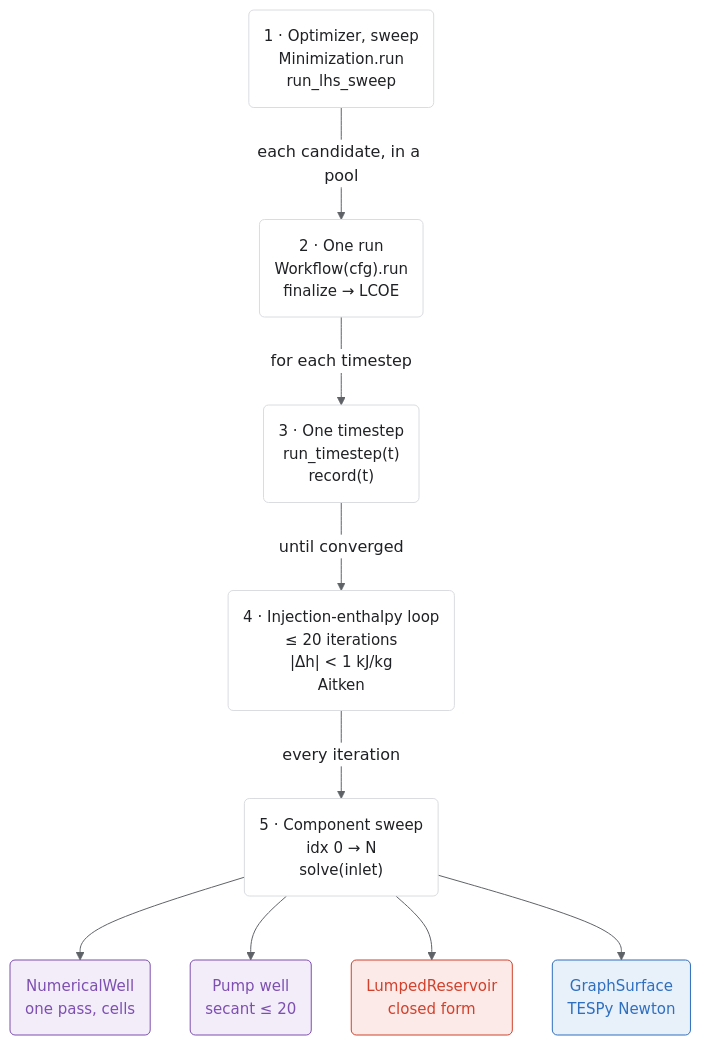
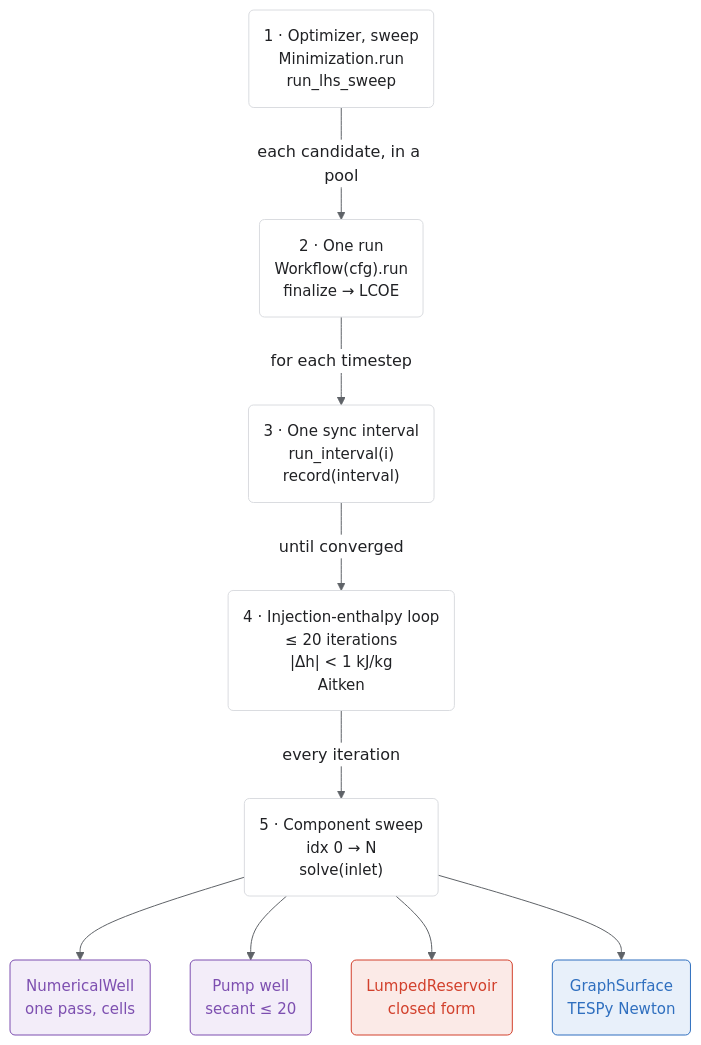
The diagram in docs/runtime/index.md (GEG-ETHZ/TANGO-core), drawn with Mermaid before and after one commit. The commit also changed other lines of this file and 67 other files, not shown here.

````diff
--- a/docs/runtime/index.md
+++ b/docs/runtime/index.md
@@ -5,33 +5,33 @@
 ```mermaid
 %%{init: {"theme":"base","themeVariables":{"primaryColor":"#FFFFFF","primaryTextColor":"#202124","primaryBorderColor":"#DADCE0","lineColor":"#5F6368","secondaryColor":"#F8F9FA","tertiaryColor":"#F8F9FA","clusterBkg":"#F8F9FA","clusterBorder":"#DADCE0","edgeLabelBackground":"#FFFFFF"},"flowchart":{"curve":"basis","nodeSpacing":40,"rankSpacing":64,"useMaxWidth":true}} }%%
 flowchart TB
   L1("1 · Optimizer, sweep<br/>Minimization.run<br/>run_lhs_sweep")
   L2("2 · One run<br/>Workflow(cfg).run<br/>finalize → LCOE")
-  L3("3 · One timestep<br/>run_timestep(t)<br/>record(t)")
+  L3("3 · One sync interval<br/>run_interval(i)<br/>record(interval)")
   L4("4 · Injection-enthalpy loop<br/>≤ 20 iterations<br/>|Δh| < 1 kJ/kg<br/>Aitken")
   L5("5 · Component sweep<br/>idx 0 → N<br/>solve(inlet)")
   w1("NumericalWell<br/>one pass, cells")
   w2("Pump well<br/>secant ≤ 20")
   r1("LumpedReservoir<br/>closed form")
   s1("GraphSurface<br/>TESPy Newton")
 
   L1 -- "each candidate, in a pool" --> L2
   L2 -- "for each timestep" --> L3
   L3 -- "until converged" --> L4
   L4 -- "every iteration" --> L5
   L5 --> w1 & w2 & r1 & s1
 
   class L1 code
   class L2,L3,L4,L5 code
   class w1,w2 well
   class r1 res
   class s1 surf
   classDef well  fill:#F3EDF9,stroke:#7D4FB0,color:#7D4FB0,font-size:15px
   classDef res   fill:#FBEAE7,stroke:#D2402C,color:#D2402C,font-size:15px
   classDef surf  fill:#E8F0FA,stroke:#2F6FBF,color:#2F6FBF,font-size:15px
   classDef econ  fill:#E0F2F1,stroke:#007B83,color:#007B83,font-size:15px
   classDef code  fill:#FFFFFF,stroke:#DADCE0,color:#202124,font-size:15px
   classDef err   fill:#FCE8E6,stroke:#D93025,color:#D93025,font-size:15px
   classDef out   fill:#FFFFFF,stroke:#9AA0A6,color:#5F6368,stroke-dasharray:4 3,font-size:15px
   classDef human fill:#202124,stroke:#9AA0A6,color:#FFFFFF,font-size:15px
 ```
````
